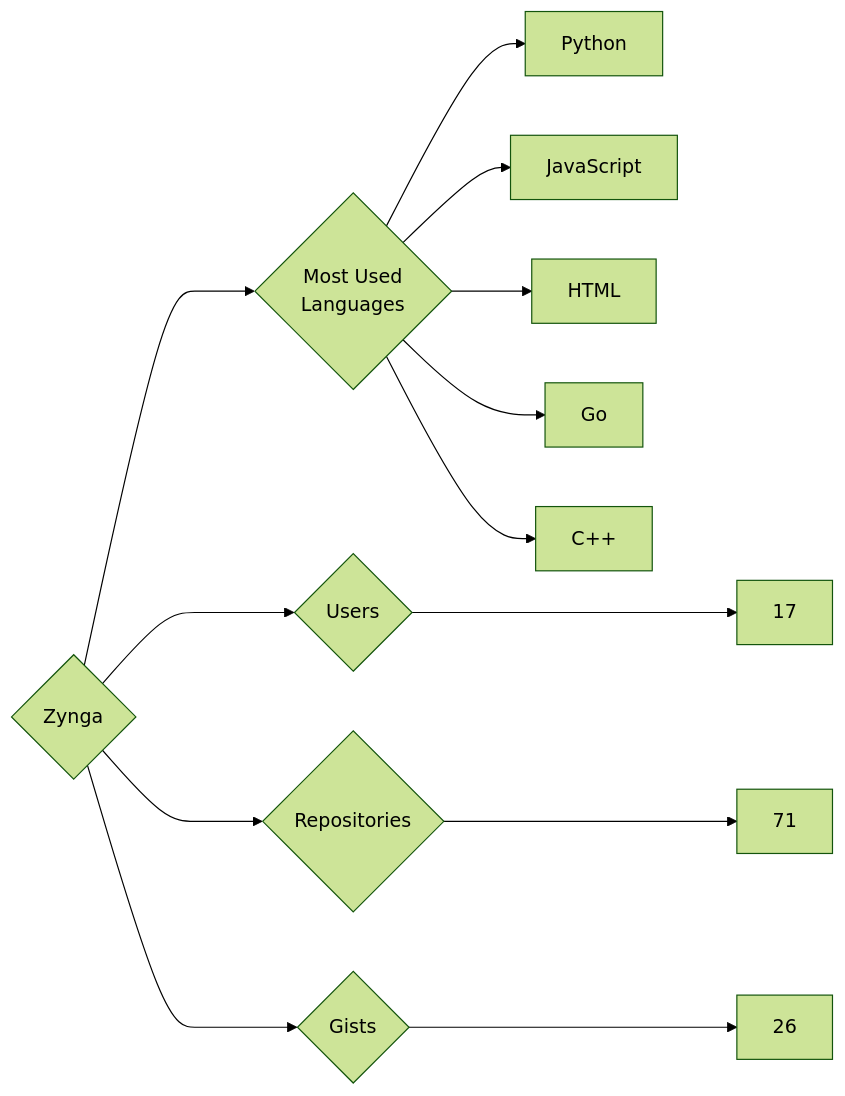
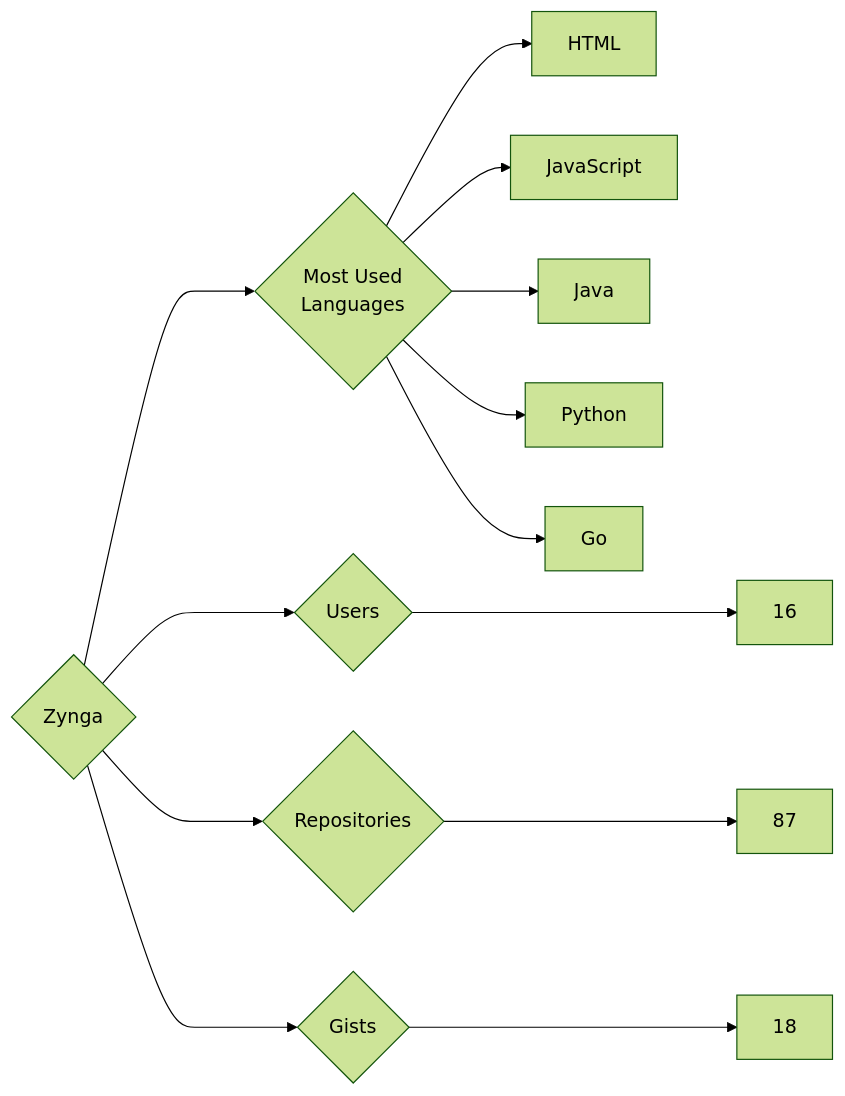
One commit to trickest/insiders changed the diagram in targets/Zynga/README.md. Above: the diagram before and after it, drawn with Mermaid (forest theme). The commit also changed 928 other files, not shown here.

````diff
--- a/targets/Zynga/README.md
+++ b/targets/Zynga/README.md
@@ -3,13 +3,13 @@
 ```mermaid
 graph LR
 COMPANY_NAME{Zynga}
-COMPANY_NAME ---> U{Users} ---> UN[17]
-COMPANY_NAME ---> R{Repositories} ---> RN[71]
-COMPANY_NAME ---> G{Gists} ---> GN[26]
+COMPANY_NAME ---> U{Users} ---> UN[16]
+COMPANY_NAME ---> R{Repositories} ---> RN[87]
+COMPANY_NAME ---> G{Gists} ---> GN[18]
 COMPANY_NAME ---> ML{Most Used<br>Languages}
+ML --> HTML[HTML]
+ML --> JavaScript[JavaScript]
+ML --> Java[Java]
 ML --> Python[Python]
-ML --> JavaScript[JavaScript]
-ML --> HTML[HTML]
 ML --> Go[Go]
-ML --> C++[C++]
 ```
````
